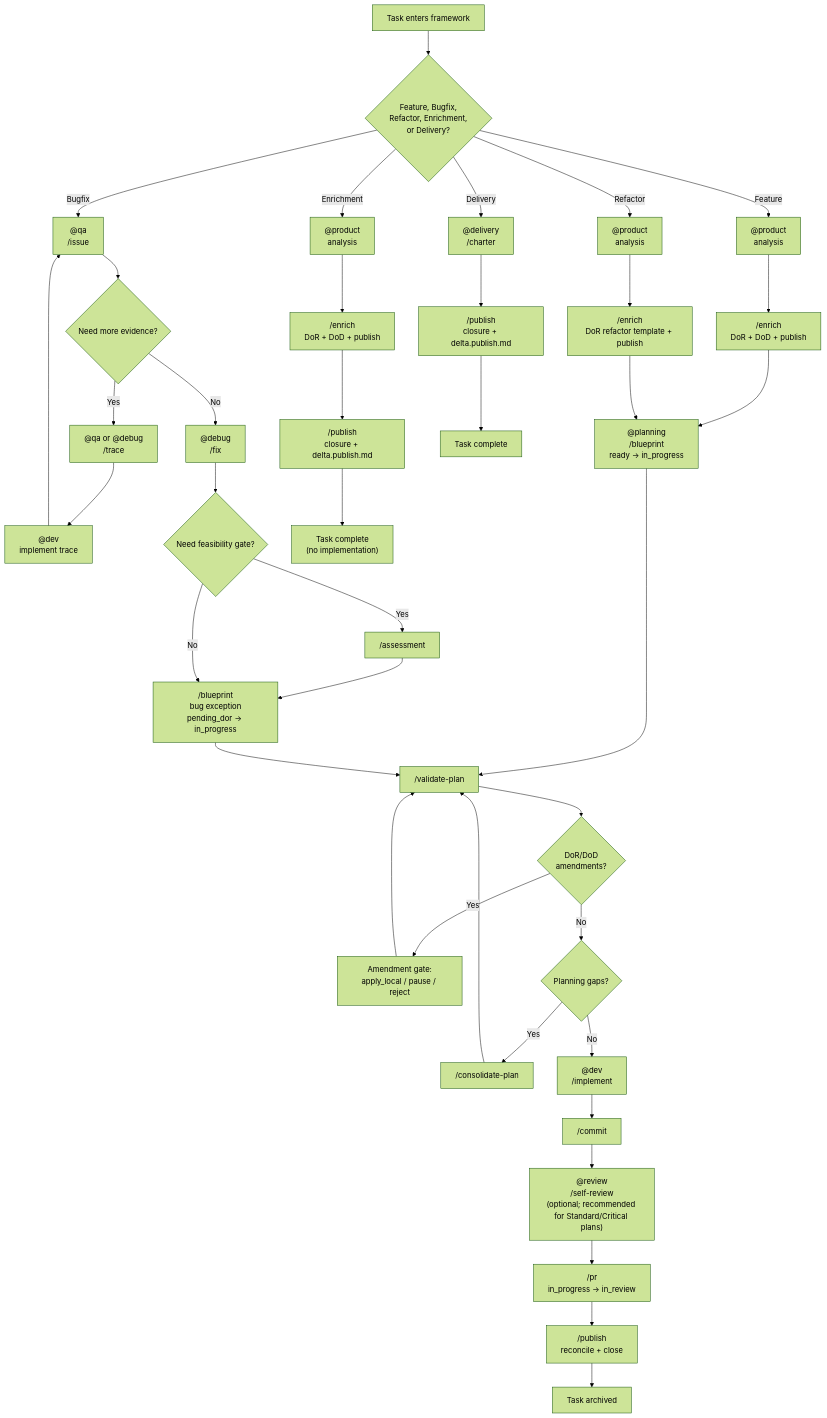
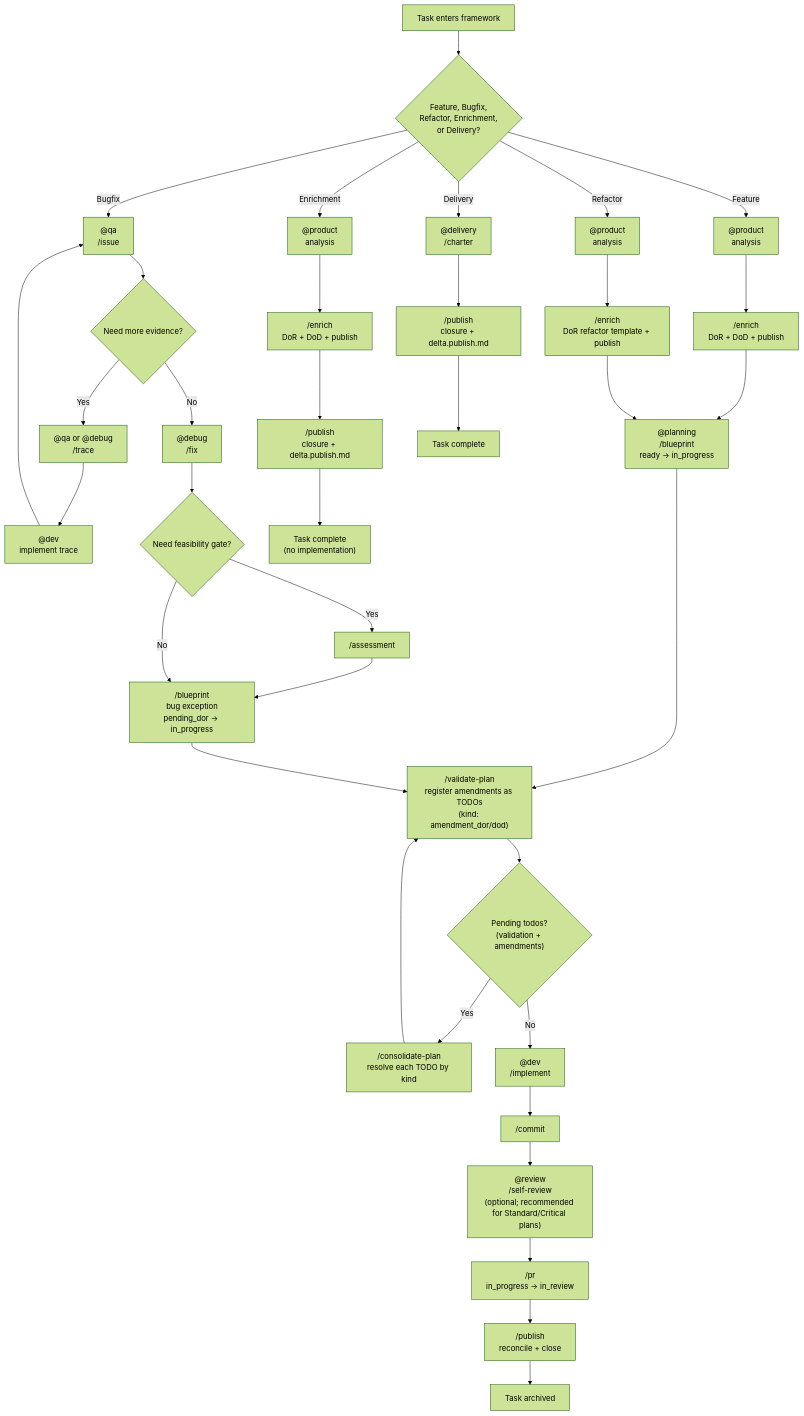
The diagram in docs/WORKFLOWS.md (reeceGuerra/aias), drawn with Mermaid (forest theme) before and after one commit. The commit also changed other lines of this file, not shown here.

Commit message:
[AI DOCS]: workflows: document /enrich --refresh sub-flow + last_refreshed_at status field

````diff
--- a/docs/WORKFLOWS.md
+++ b/docs/WORKFLOWS.md
@@ -53,47 +53,44 @@
 ```mermaid
 flowchart TD
     Start["Task enters framework"]
 
     Start --> Entry{"Feature, Bugfix,<br/>Refactor, Enrichment,<br/>or Delivery?"}
 
     Entry -->|Feature| Product["@product<br/>analysis"]
     Product --> Enrich["/enrich<br/>DoR + DoD + publish"]
     Enrich --> Planning["@planning<br/>/blueprint<br/>ready → in_progress"]
-    Planning --> Validate["/validate-plan"]
-    Validate --> Amendments{"DoR/DoD<br/>amendments?"}
-    Amendments -->|Yes| AmendGate["Amendment gate:<br/>apply_local / pause / reject"]
-    AmendGate --> Validate
-    Amendments -->|No| Gaps{"Planning gaps?"}
-    Gaps -->|Yes| Consolidate["/consolidate-plan"] --> Validate
-    Gaps -->|No| Dev["@dev<br/>/implement"]
+    Planning --> Validate["/validate-plan<br/>register amendments as TODOs<br/>(kind: amendment_dor/dod)"]
+    Validate --> Todos{"Pending todos?<br/>(validation + amendments)"}
+    Todos -->|Yes| Consolidate["/consolidate-plan<br/>resolve each TODO by kind"] --> Validate
+    Todos -->|No| Dev["@dev<br/>/implement"]
     Dev --> Commit["/commit"]
     Commit --> SelfReview["@review<br/>/self-review<br/>(optional; recommended for Standard/Critical plans)"]
     SelfReview --> PR["/pr<br/>in_progress → in_review"]
     PR --> Publish["/publish<br/>reconcile + close"]
     Publish --> Done["Task archived"]
 
     Entry -->|Bugfix| QA["@qa<br/>/issue"]
     QA --> Trace{"Need more evidence?"}
     Trace -->|Yes| TracePlan["@qa or @debug<br/>/trace"]
     TracePlan --> TraceImpl["@dev<br/>implement trace"]
     TraceImpl --> QA
     Trace -->|No| Debug["@debug<br/>/fix"]
     Debug --> Assessment{"Need feasibility gate?"}
     Assessment -->|Yes| Feasibility["/assessment"]
     Feasibility --> BugBlueprint["/blueprint<br/>bug exception<br/>pending_dor → in_progress"]
     Assessment -->|No| BugBlueprint
     BugBlueprint --> Validate
 
     Entry -->|Refactor| RefProduct["@product<br/>analysis"]
     RefProduct --> RefEnrich["/enrich<br/>DoR refactor template + publish"]
     RefEnrich --> Planning
 
     Entry -->|Enrichment| EnrichProduct["@product<br/>analysis"]
     EnrichProduct --> EnrichOnly["/enrich<br/>DoR + DoD + publish"]
     EnrichOnly --> EnrichClosure["/publish<br/>closure + delta.publish.md"]
     EnrichClosure --> EnrichDone["Task complete<br/>(no implementation)"]
 
     Entry -->|Delivery| DeliveryMode["@delivery<br/>/charter"]
     DeliveryMode --> DeliveryClosure["/publish<br/>closure + delta.publish.md"]
     DeliveryClosure --> DeliveryDone["Task complete"]
 ```
````
